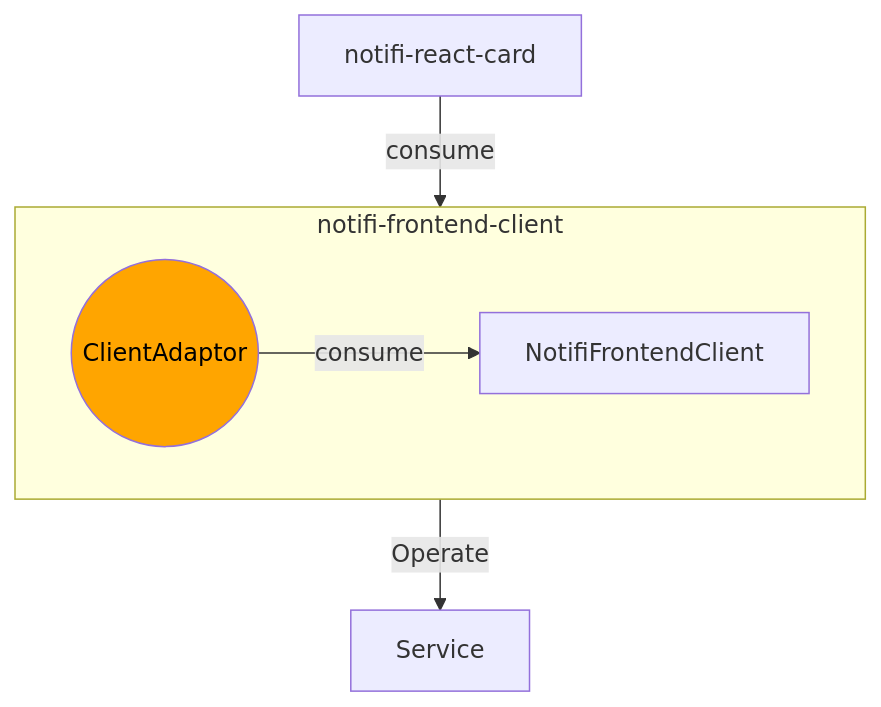
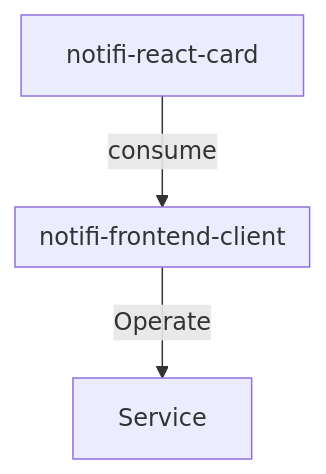
The second of 4 diagrams in docs/4.notifi/sdk-consolidate.md (happyeric77/colorfullife-docs), drawn with Mermaid before and after one commit. The commit also changed other lines of this file, not shown here.

````diff
--- a/docs/4.notifi/sdk-consolidate.md
+++ b/docs/4.notifi/sdk-consolidate.md
@@ -41,8 +44,7 @@
 ```mermaid
 flowchart TD
     notifi-react-card --consume--> notifi-frontend-client --Operate--> Service
     subgraph notifi-frontend-client
-    ClientAdaptor((ClientAdaptor)):::adaptor --consume--> NotifiFrontendClient
     classDef adaptor fill:orange,color:black
     end
 ```
````
